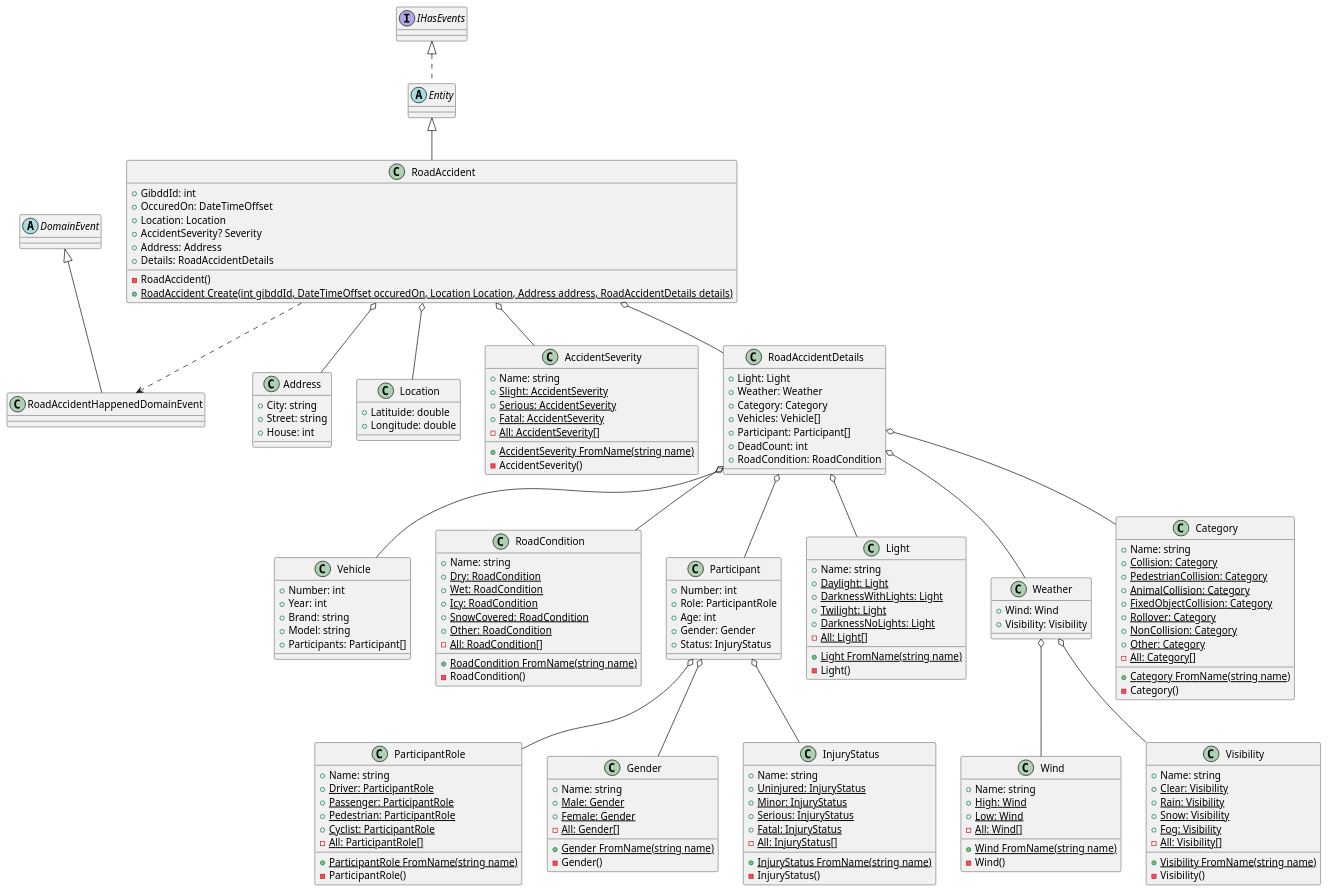
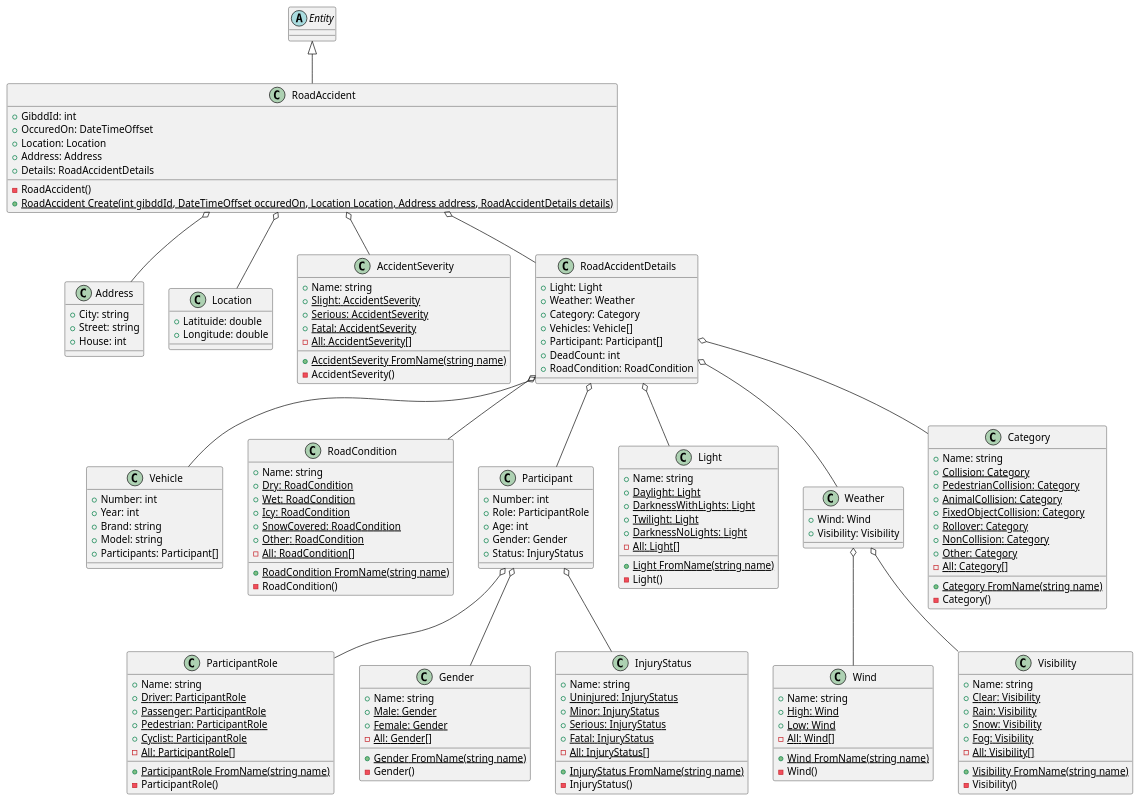
The diagram in docs/design/classes/road-accidents.puml (Nike073i/road-safety), drawn with PlantUML before and after one commit.

Commit message:
Упрощение модуля road-accidents

```diff
--- a/docs/design/classes/road-accidents.puml
+++ b/docs/design/classes/road-accidents.puml
@@ -1,182 +1,178 @@
 @startuml road-accidents
 
+' Comment: В модуле не используется работа с доменными событиями. Интеграционные события по необходимости будут опубликованы в Application слое
+
 ' Base
-    interface IHasEvents
-    abstract class DomainEvent
-    abstract class Entity implements IHasEvents
+    abstract class Entity
 
 ' RoadAccident
     class RoadAccident extends Entity {
         +GibddId: int
         +OccuredOn: DateTimeOffset
         +Location: Location
-        +AccidentSeverity? Severity
         +Address: Address
         +Details: RoadAccidentDetails
         -RoadAccident()
         +{static} RoadAccident Create(int gibddId, DateTimeOffset occuredOn, Location Location, Address address, RoadAccidentDetails details)
     }
-
-    class RoadAccidentHappenedDomainEvent extends DomainEvent
 
     class Address {
         +City: string 
         +Street: string 
         +House: int 
     }
 
     class Location {
         +Latituide: double
         +Longitude: double
     }
 
     class AccidentSeverity {
         +Name: string
         +{static} Slight: AccidentSeverity 
         +{static} Serious: AccidentSeverity 
         +{static} Fatal: AccidentSeverity 
         -{static} All: AccidentSeverity[] 
         +{static} AccidentSeverity FromName(string name)
         -AccidentSeverity()
     }
 
     class RoadAccidentDetails {
         +Light: Light
         +Weather: Weather
         +Category: Category
         +Vehicles: Vehicle[]
         +Participant: Participant[]
         +DeadCount: int
         +RoadCondition: RoadCondition
     }
 
     class Vehicle {
         +Number: int
         +Year: int
         +Brand: string
         +Model: string
         +Participants: Participant[]
     }
 
     class RoadCondition {
         +Name: string
         +{static} Dry: RoadCondition
         +{static} Wet: RoadCondition 
         +{static} Icy: RoadCondition 
         +{static} SnowCovered: RoadCondition 
         +{static} Other: RoadCondition 
         -{static} All: RoadCondition[]
         +{static} RoadCondition FromName(string name)
         -RoadCondition()
     }
 
     class Participant {
         +Number: int
         +Role: ParticipantRole
         +Age: int
         +Gender: Gender
         +Status: InjuryStatus
     }
 
     class ParticipantRole {
         +Name: string
         +{static} Driver: ParticipantRole
         +{static} Passenger: ParticipantRole 
         +{static} Pedestrian: ParticipantRole 
         +{static} Cyclist: ParticipantRole 
         -{static} All: ParticipantRole[]
         +{static} ParticipantRole FromName(string name)
         -ParticipantRole()
     }
 
     class Gender {
         +Name: string
         +{static} Male: Gender
         +{static} Female: Gender 
         -{static} All: Gender[]
         +{static} Gender FromName(string name)
         -Gender()
     }
 
     class InjuryStatus {
         +Name: string
         +{static} Uninjured: InjuryStatus
         +{static} Minor: InjuryStatus 
         +{static} Serious: InjuryStatus 
         +{static} Fatal: InjuryStatus 
         -{static} All: InjuryStatus[]
         +{static} InjuryStatus FromName(string name)
         -InjuryStatus()
     }
 
     class Light {
         +Name: string
         +{static} Daylight: Light
         +{static} DarknessWithLights: Light 
         +{static} Twilight: Light 
         +{static} DarknessNoLights: Light 
         -{static} All: Light[]
         +{static} Light FromName(string name)
         -Light()
     }
 
     class Weather {
         +Wind: Wind
         +Visibility: Visibility
     }
 
     class Wind {
         +Name: string
         +{static} High: Wind
         +{static} Low: Wind 
         -{static} All: Wind[]
         +{static} Wind FromName(string name)
         -Wind()
     }
 
     class Visibility {
         +Name: string
         +{static} Clear: Visibility 
         +{static} Rain: Visibility 
         +{static} Snow: Visibility 
         +{static} Fog: Visibility 
         -{static} All: Visibility[] 
         +{static} Visibility FromName(string name)
         -Visibility()
     }
 
     class Category {
         +Name: string
         +{static} Collision: Category 
         +{static} PedestrianCollision: Category 
         +{static} AnimalCollision: Category 
         +{static} FixedObjectCollision: Category 
         +{static} Rollover: Category 
         +{static} NonCollision: Category 
         +{static} Other: Category 
         -{static} All: Category[] 
         +{static} Category FromName(string name)
         -Category()
     }
 
-    RoadAccident ..> RoadAccidentHappenedDomainEvent
     RoadAccident o-- AccidentSeverity
     RoadAccident o-- Location
     RoadAccident o-- Address
     RoadAccident o-- RoadAccidentDetails
 
     RoadAccidentDetails o-- Light
     RoadAccidentDetails o-- Weather
     RoadAccidentDetails o-- Category
     RoadAccidentDetails o-- Vehicle
     RoadAccidentDetails o-- Participant
     RoadAccidentDetails o-- RoadCondition
 
     Weather o-- Wind
     Weather o-- Visibility
 
     Participant o-- Gender
     Participant o-- InjuryStatus
     Participant o-- ParticipantRole
 
 @enduml
```
